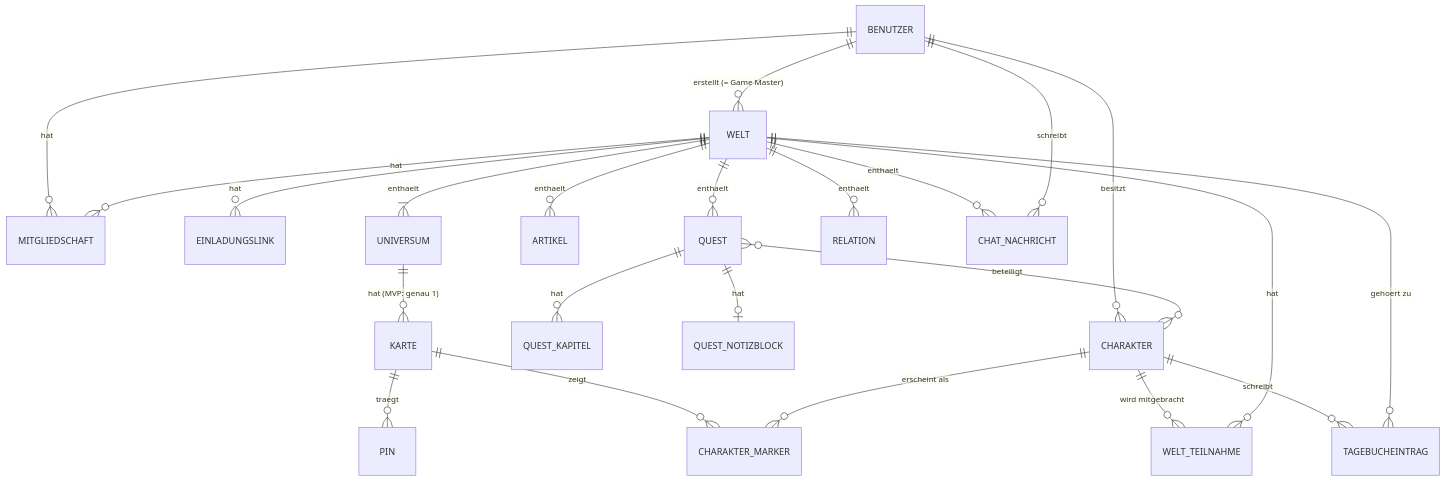
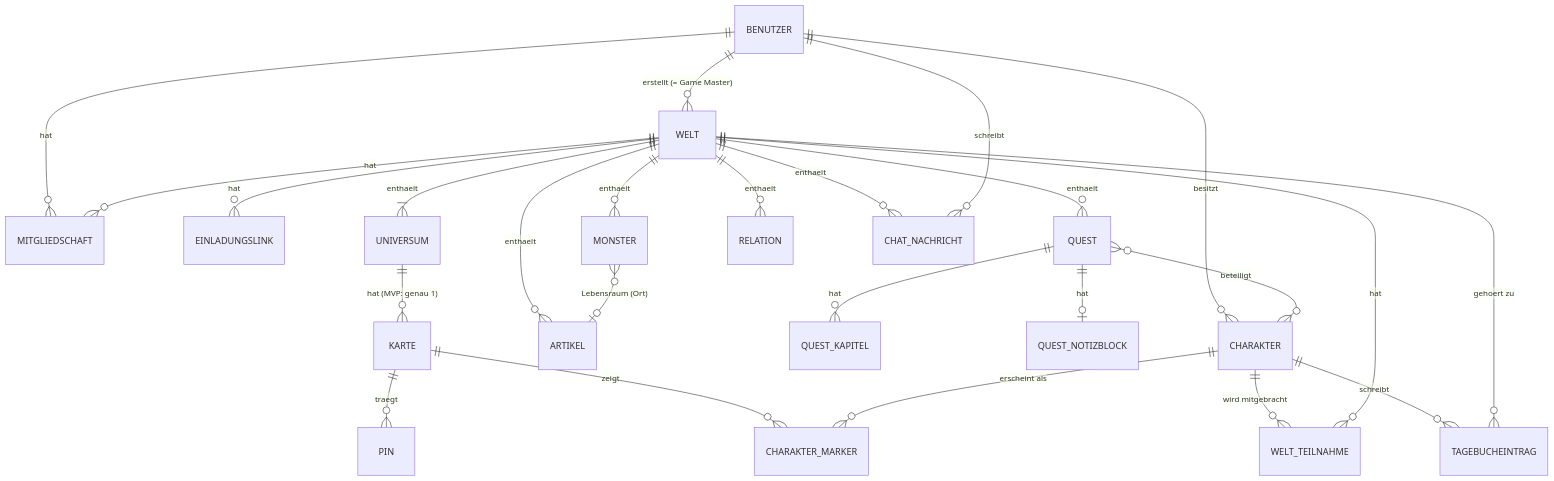
The diagram in .ai/architecture/datenmodell-fachlich.md (diego-lagolago/WorldCraft), drawn with Mermaid before and after one commit. The commit also changed other lines of this file and 3 other files, not shown here.

Commit message:
T-001 (005): Monster in Datenmodell-Normen und Roadmap nachziehen.

````diff
--- a/.ai/architecture/datenmodell-fachlich.md
+++ b/.ai/architecture/datenmodell-fachlich.md
@@ -14,25 +15,27 @@
 ```mermaid
 erDiagram
     BENUTZER ||--o{ WELT : "erstellt (= Game Master)"
     BENUTZER ||--o{ MITGLIEDSCHAFT : hat
     WELT ||--o{ MITGLIEDSCHAFT : hat
     WELT ||--o{ EINLADUNGSLINK : hat
     WELT ||--|{ UNIVERSUM : enthaelt
     UNIVERSUM ||--o{ KARTE : "hat (MVP: genau 1)"
     KARTE ||--o{ PIN : traegt
     KARTE ||--o{ CHARAKTER_MARKER : zeigt
     WELT ||--o{ ARTIKEL : enthaelt
     WELT ||--o{ QUEST : enthaelt
+    WELT ||--o{ MONSTER : enthaelt
     QUEST ||--o{ QUEST_KAPITEL : hat
     QUEST ||--o| QUEST_NOTIZBLOCK : hat
     WELT ||--o{ RELATION : enthaelt
     WELT ||--o{ CHAT_NACHRICHT : enthaelt
     BENUTZER ||--o{ CHARAKTER : besitzt
     CHARAKTER ||--o{ WELT_TEILNAHME : "wird mitgebracht"
     WELT ||--o{ WELT_TEILNAHME : hat
     CHARAKTER ||--o{ CHARAKTER_MARKER : "erscheint als"
     CHARAKTER ||--o{ TAGEBUCHEINTRAG : schreibt
     WELT ||--o{ TAGEBUCHEINTRAG : "gehoert zu"
     QUEST }o--o{ CHARAKTER : "beteiligt"
+    MONSTER }o--o| ARTIKEL : "Lebensraum (Ort)"
     BENUTZER ||--o{ CHAT_NACHRICHT : schreibt
 ```
````
